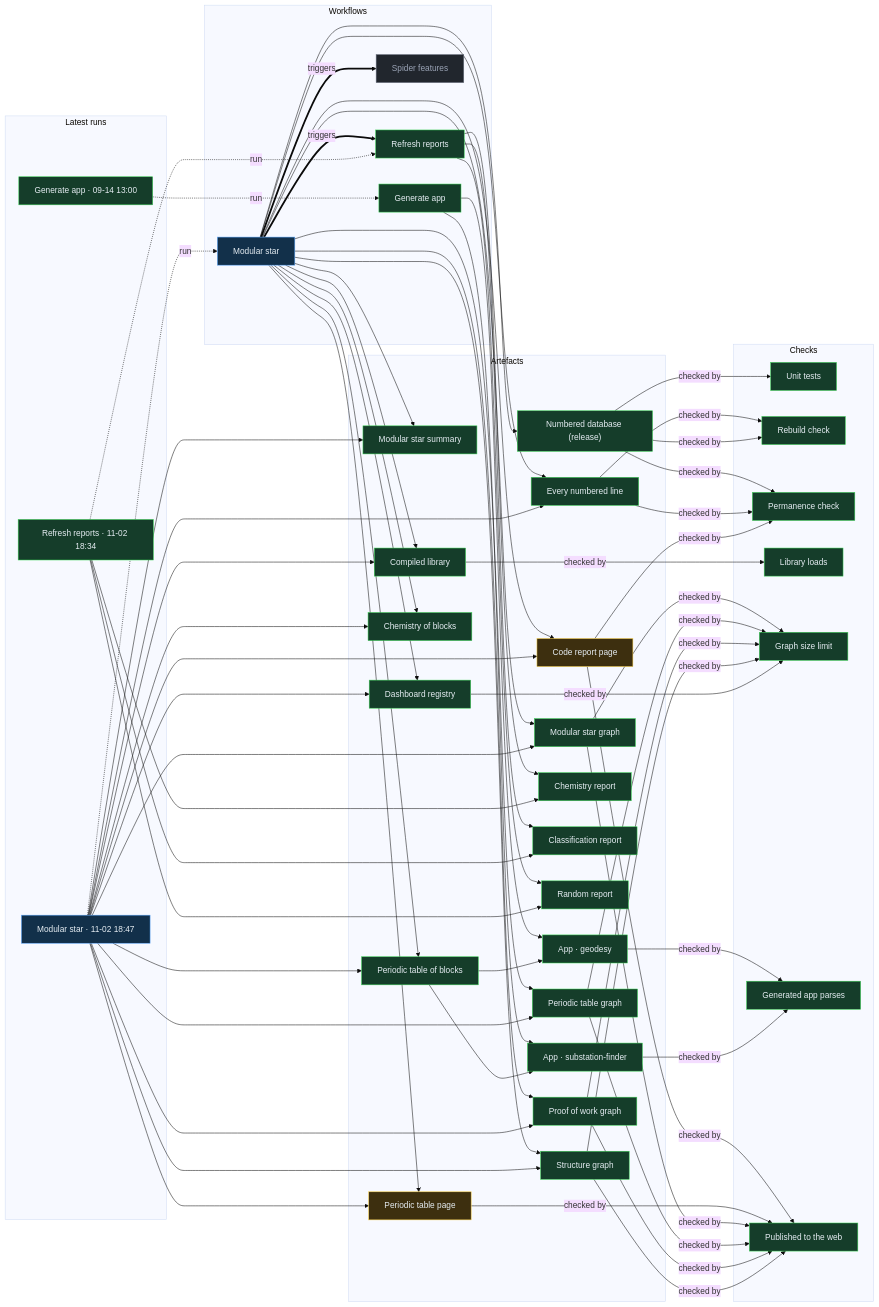
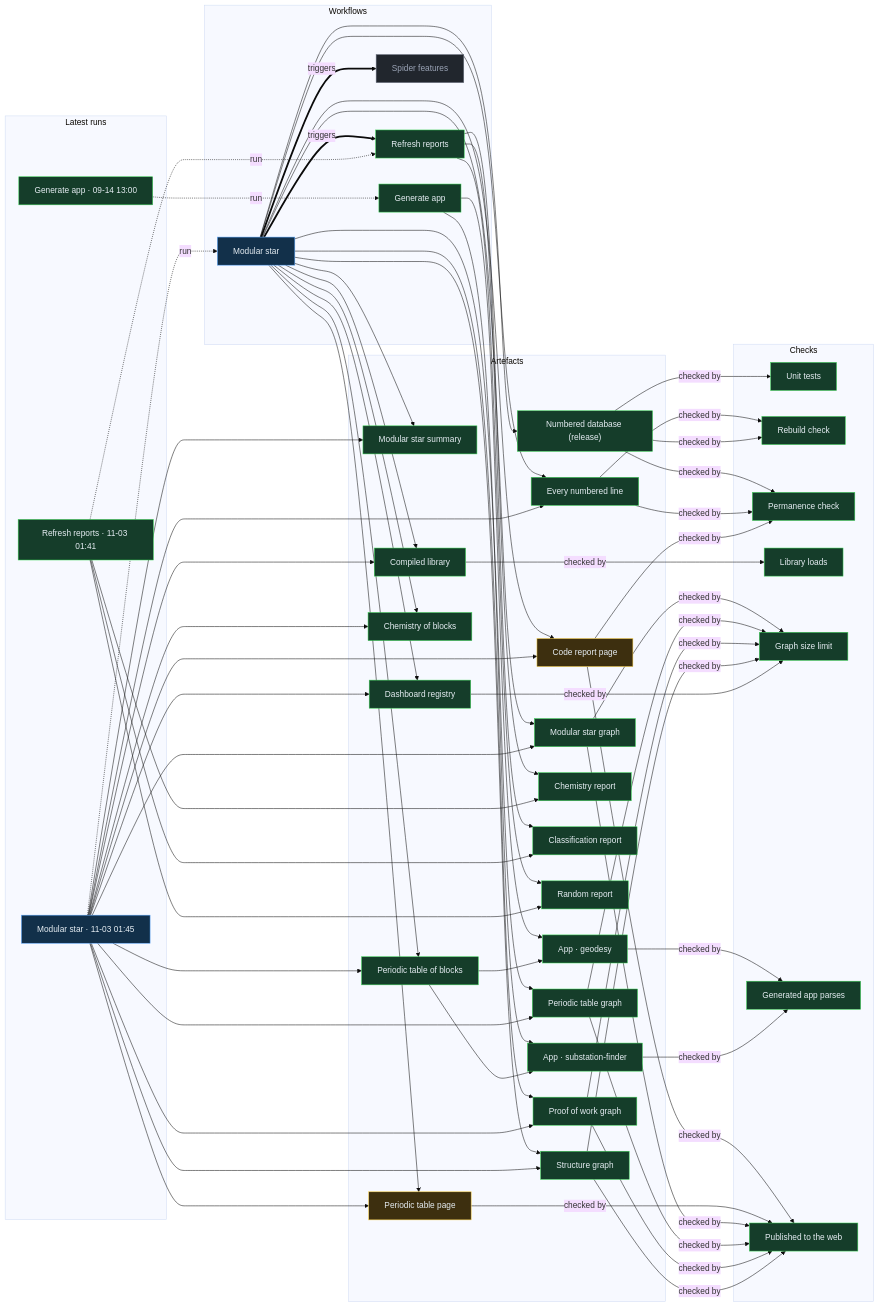
The diagram in proof/PROOF.md (Ventusltd/stars), drawn with Mermaid (base theme) before and after one commit. The commit also changed other lines of this file and 51 other files, not shown here.

Commit message:
Modular star 2026-11-03T01:48Z

```diff
--- a/proof/PROOF.md
+++ b/proof/PROOF.md
@@ -24,8 +24,8 @@
   n_wf_spider_features["Spider features"]:::off
   end
   subgraph g_runs["Latest runs"]
-  n_run_41503874921["Modular star · 11-02 18:47"]:::live
-  n_run_41501921058["Refresh reports · 11-02 18:34"]:::ok
+  n_run_41561799394["Modular star · 11-03 01:45"]:::live
+  n_run_41561344810["Refresh reports · 11-03 01:41"]:::ok
   n_run_34846587798["Generate app · 09-14 13:00"]:::ok
   end
   subgraph g_artefacts["Artefacts"]
@@ -59,39 +59,39 @@
   end
   n_wf_modular_star == triggers ==> n_wf_refresh
   n_wf_modular_star == triggers ==> n_wf_spider_features
-  n_run_41503874921 -. run .-> n_wf_modular_star
-  n_run_41501921058 -. run .-> n_wf_refresh
+  n_run_41561799394 -. run .-> n_wf_modular_star
+  n_run_41561344810 -. run .-> n_wf_refresh
   n_run_34846587798 -. run .-> n_wf_generate
   n_wf_modular_star --> n_art_summary
-  n_run_41503874921 --> n_art_summary
+  n_run_41561799394 --> n_art_summary
   n_wf_modular_star --> n_art_lines
-  n_run_41503874921 --> n_art_lines
+  n_run_41561799394 --> n_art_lines
   n_wf_modular_star --> n_art_code
-  n_run_41503874921 --> n_art_code
+  n_run_41561799394 --> n_art_code
   n_wf_modular_star --> n_art_modular_graph
-  n_run_41503874921 --> n_art_modular_graph
+  n_run_41561799394 --> n_art_modular_graph
   n_wf_modular_star --> n_art_blocks
-  n_run_41503874921 --> n_art_blocks
+  n_run_41561799394 --> n_art_blocks
   n_wf_modular_star --> n_art_table
-  n_run_41503874921 --> n_art_table
+  n_run_41561799394 --> n_art_table
   n_wf_modular_star --> n_art_blocks_graph
-  n_run_41503874921 --> n_art_blocks_graph
+  n_run_41561799394 --> n_art_blocks_graph
   n_wf_modular_star --> n_art_reactions
-  n_run_41503874921 --> n_art_reactions
+  n_run_41561799394 --> n_art_reactions
   n_wf_modular_star --> n_art_library
-  n_run_41503874921 --> n_art_library
+  n_run_41561799394 --> n_art_library
   n_wf_modular_star --> n_art_features
-  n_run_41503874921 --> n_art_features
+  n_run_41561799394 --> n_art_features
   n_wf_modular_star --> n_art_proof
-  n_run_41503874921 --> n_art_proof
+  n_run_41561799394 --> n_art_proof
   n_wf_modular_star --> n_art_structure
-  n_run_41503874921 --> n_art_structure
+  n_run_41561799394 --> n_art_structure
   n_wf_refresh --> n_art_chemistry
-  n_run_41501921058 --> n_art_chemistry
+  n_run_41561344810 --> n_art_chemistry
   n_wf_refresh --> n_art_vedic
-  n_run_41501921058 --> n_art_vedic
+  n_run_41561344810 --> n_art_vedic
   n_wf_refresh --> n_art_random
-  n_run_41501921058 --> n_art_random
+  n_run_41561344810 --> n_art_random
   n_wf_modular_star --> n_art_release
   n_wf_generate --> n_app_geodesy
   n_art_blocks --> n_app_geodesy
```
